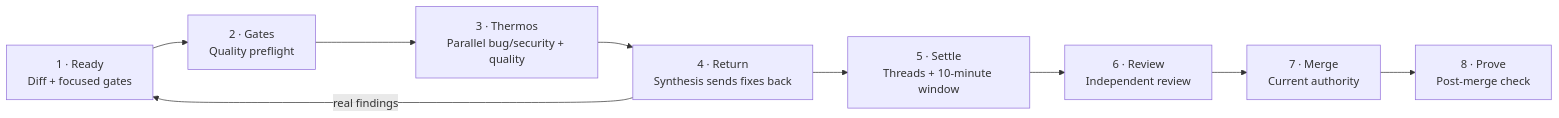
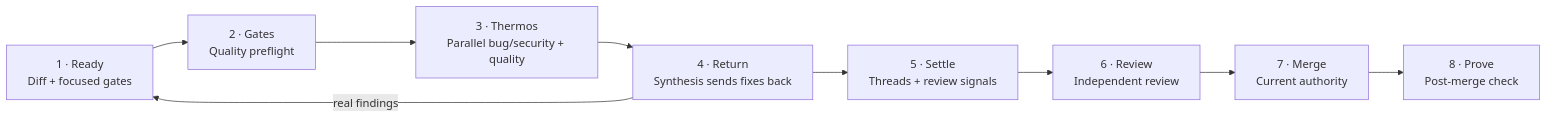
One commit to novotnyllc/railyard changed the diagram in site/src/diagrams/m6-review-gates.mmd. Above: the diagram before and after it, drawn with Mermaid. The commit also changed 7 other files, not shown here.

First line of the commit message:
feat(hooks): signal-aware merge settlement gate with 3-minute registration window (#40)

```diff
--- a/site/src/diagrams/m6-review-gates.mmd
+++ b/site/src/diagrams/m6-review-gates.mmd
@@ -1,11 +1,11 @@
 flowchart LR
     accTitle: M6 review gate sequence
     accDescr: A ready diff enters focused gates, parallel Thermos review, a finding-return loop, settlement, independent review, merge, and post-merge proof.
     A["1 · Ready<br/>Diff + focused gates"] --> B["2 · Gates<br/>Quality preflight"]
     B --> C["3 · Thermos<br/>Parallel bug/security + quality"]
     C --> D["4 · Return<br/>Synthesis sends fixes back"]
-    D --> E["5 · Settle<br/>Threads + 10-minute window"]
+    D --> E["5 · Settle<br/>Threads + review signals"]
     E --> F["6 · Review<br/>Independent review"]
     F --> G["7 · Merge<br/>Current authority"]
     G --> H["8 · Prove<br/>Post-merge check"]
     D -->|real findings| A
```
